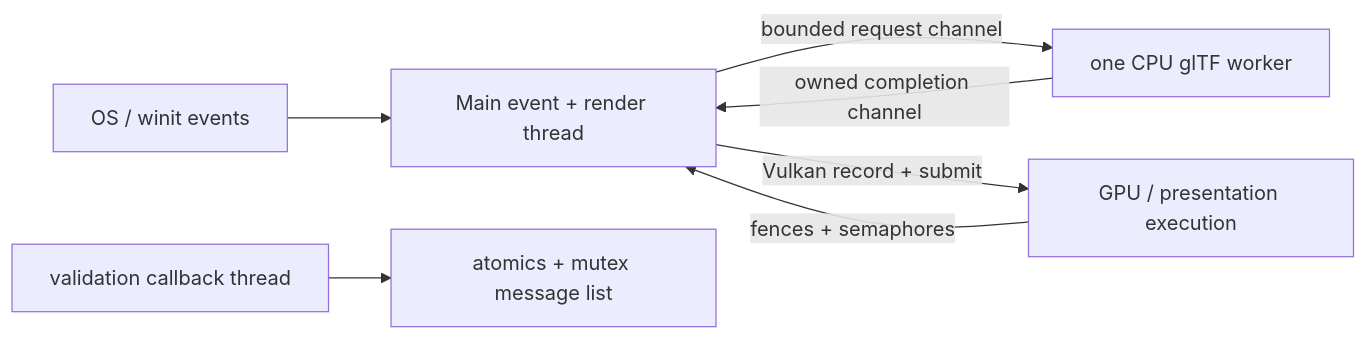
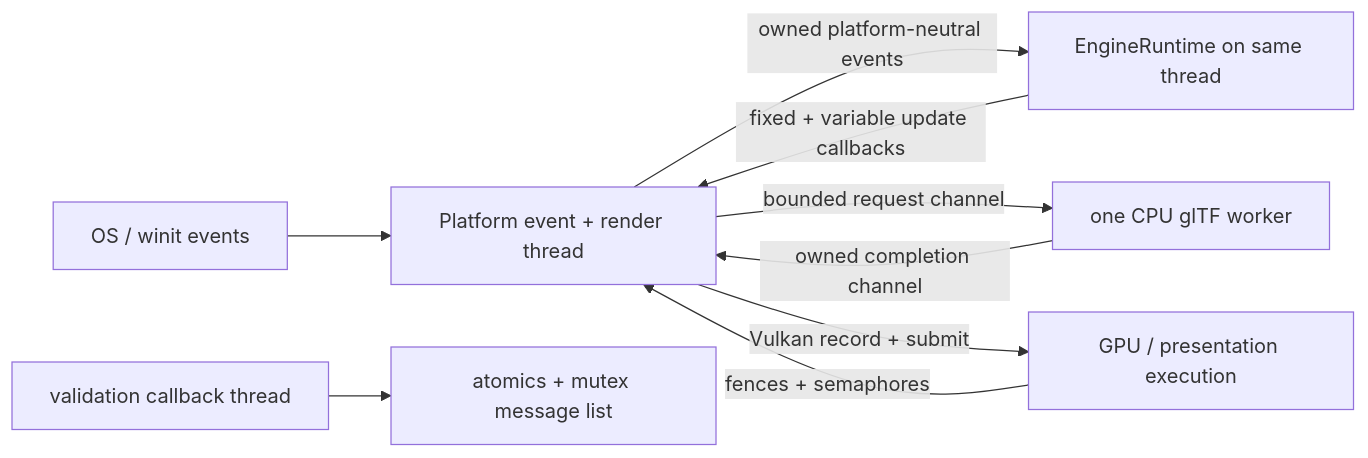
One commit to LarpingAgent/Project3.6k changed the diagram in docs/threading/thread-model.md. Above: the diagram before and after it, drawn with Mermaid. The commit also changed other lines of this file and 19 other files, not shown here.

Commit message:
feat(engine): add lifecycle event and timestep core

````diff
--- a/docs/threading/thread-model.md
+++ b/docs/threading/thread-model.md
@@ -7,9 +7,11 @@
 ```mermaid
 flowchart LR
-  OS[OS / winit events] --> Main[Main event + render thread]
+  OS[OS / winit events] --> Main[Platform event + render thread]
+  Main -->|owned platform-neutral events| Engine[EngineRuntime on same thread]
+  Engine -->|fixed + variable update callbacks| Main
   Main -->|bounded request channel| Worker[one CPU glTF worker]
   Worker -->|owned completion channel| Main
   Main -->|Vulkan record + submit| GPU[GPU / presentation execution]
   GPU -->|fences + semaphores| Main
   Driver[validation callback thread] --> Monitor[atomics + mutex message list]
 ```
````
